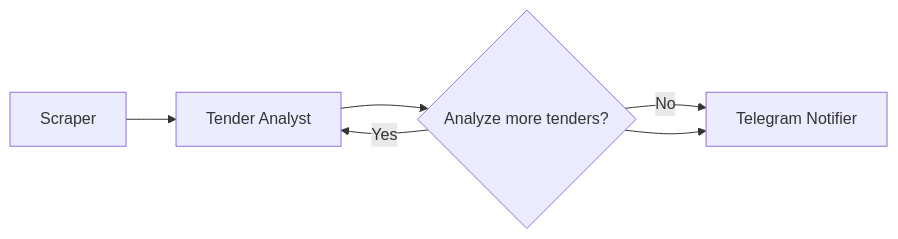
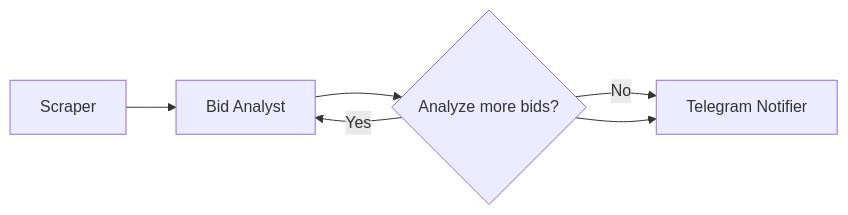
Before and after one commit to moe1047/scout-the-bid-finder: the diagram in readme.md, drawn with Mermaid. The commit also changed other lines of this file and 1 other file, not shown here.

````diff
--- a/readme.md
+++ b/readme.md
@@ -71,8 +71,8 @@
 ```mermaid
 graph LR
-    A[Scraper] --> B[Tender Analyst]
-    B --> C{Analyze more tenders?}
+    A[Scraper] --> B[Bid Analyst]
+    B --> C{Analyze more bids?}
     C -->|Yes| B
     C -->|No| D[Telegram Notifier]
     C --> D[Telegram Notifier]
 ```
````
